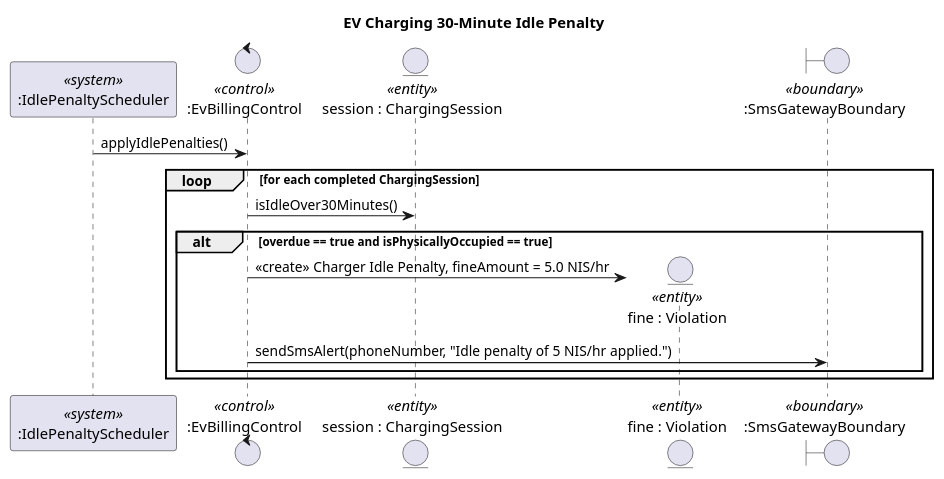
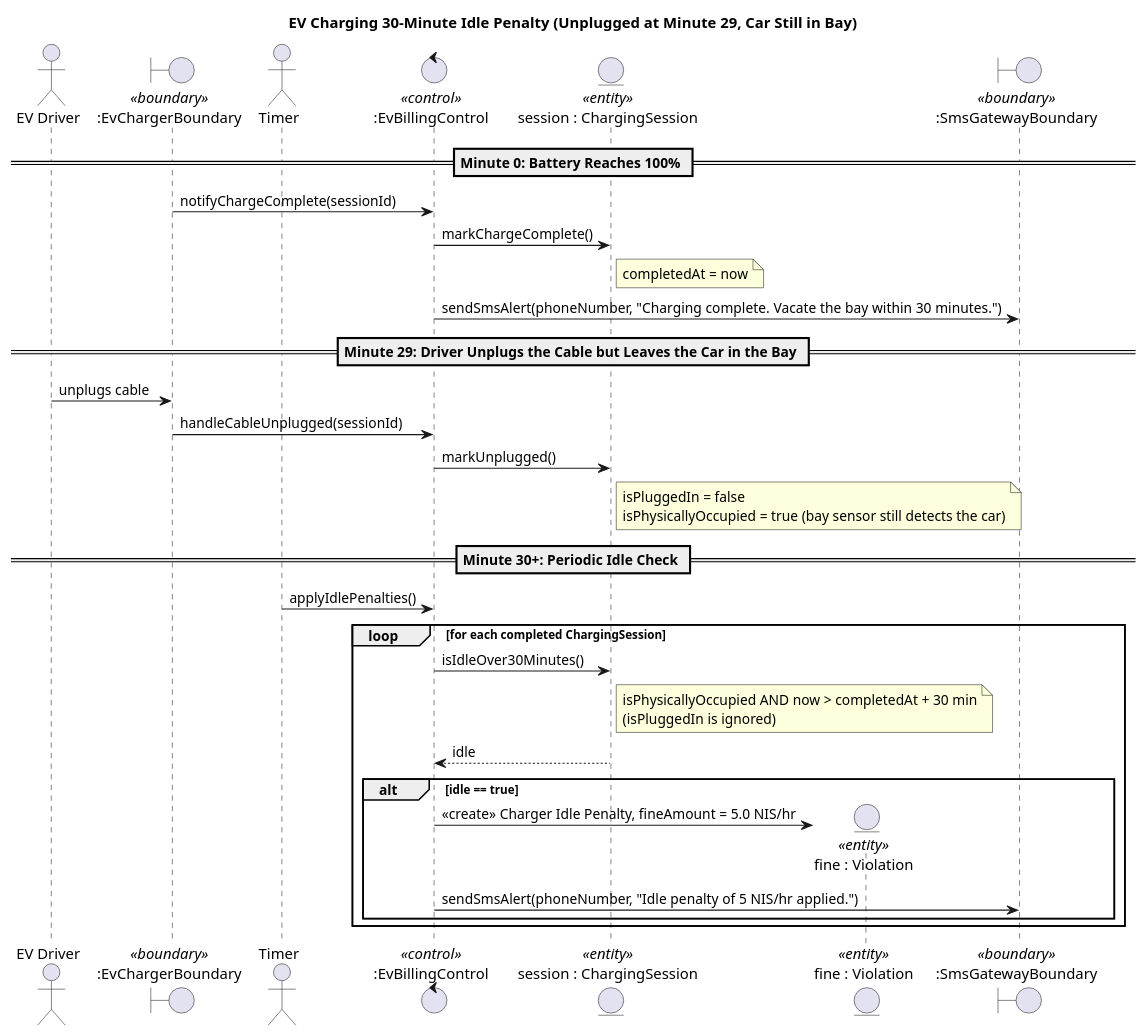
Before and after one commit to TomerPine/Ex4_SmartParking_Design: the diagram in diagrams/sequence_idle_penalty_ecb.puml, drawn with PlantUML. The commit also changed 8 other files, not shown here.

Commit message:
Added @ARCHITECTURE.md with additional puml changes

```diff
--- a/diagrams/sequence_idle_penalty_ecb.puml
+++ b/diagrams/sequence_idle_penalty_ecb.puml
@@ -1,19 +1,42 @@
 @startuml
-title EV Charging 30-Minute Idle Penalty
+title EV Charging 30-Minute Idle Penalty (Unplugged at Minute 29, Car Still in Bay)
 
-participant ":IdlePenaltyScheduler" as Timer <<system>>
+actor "EV Driver" as Driver
+boundary ":EvChargerBoundary" as Charger <<boundary>>
+actor Timer
 control ":EvBillingControl" as Billing <<control>>
 entity "session : ChargingSession" as Session <<entity>>
 entity "fine : Violation" as Fine <<entity>>
 boundary ":SmsGatewayBoundary" as SMS <<boundary>>
 
+== Minute 0: Battery Reaches 100% ==
+Charger -> Billing : notifyChargeComplete(sessionId)
+Billing -> Session : markChargeComplete()
+note right of Session : completedAt = now
+Billing -> SMS : sendSmsAlert(phoneNumber, "Charging complete. Vacate the bay within 30 minutes.")
+
+== Minute 29: Driver Unplugs the Cable but Leaves the Car in the Bay ==
+Driver -> Charger : unplugs cable
+Charger -> Billing : handleCableUnplugged(sessionId)
+Billing -> Session : markUnplugged()
+note right of Session
+  isPluggedIn = false
+  isPhysicallyOccupied = true (bay sensor still detects the car)
+end note
+
+== Minute 30+: Periodic Idle Check ==
 Timer -> Billing : applyIdlePenalties()
 loop for each completed ChargingSession
     Billing -> Session : isIdleOver30Minutes()
-    alt overdue == true and isPhysicallyOccupied == true
+    note right of Session
+      isPhysicallyOccupied AND now > completedAt + 30 min
+      (isPluggedIn is ignored)
+    end note
+    Session --> Billing : idle
+    alt idle == true
         create Fine
         Billing -> Fine : <<create>> Charger Idle Penalty, fineAmount = 5.0 NIS/hr
         Billing -> SMS : sendSmsAlert(phoneNumber, "Idle penalty of 5 NIS/hr applied.")
     end
 end
 @enduml
```
